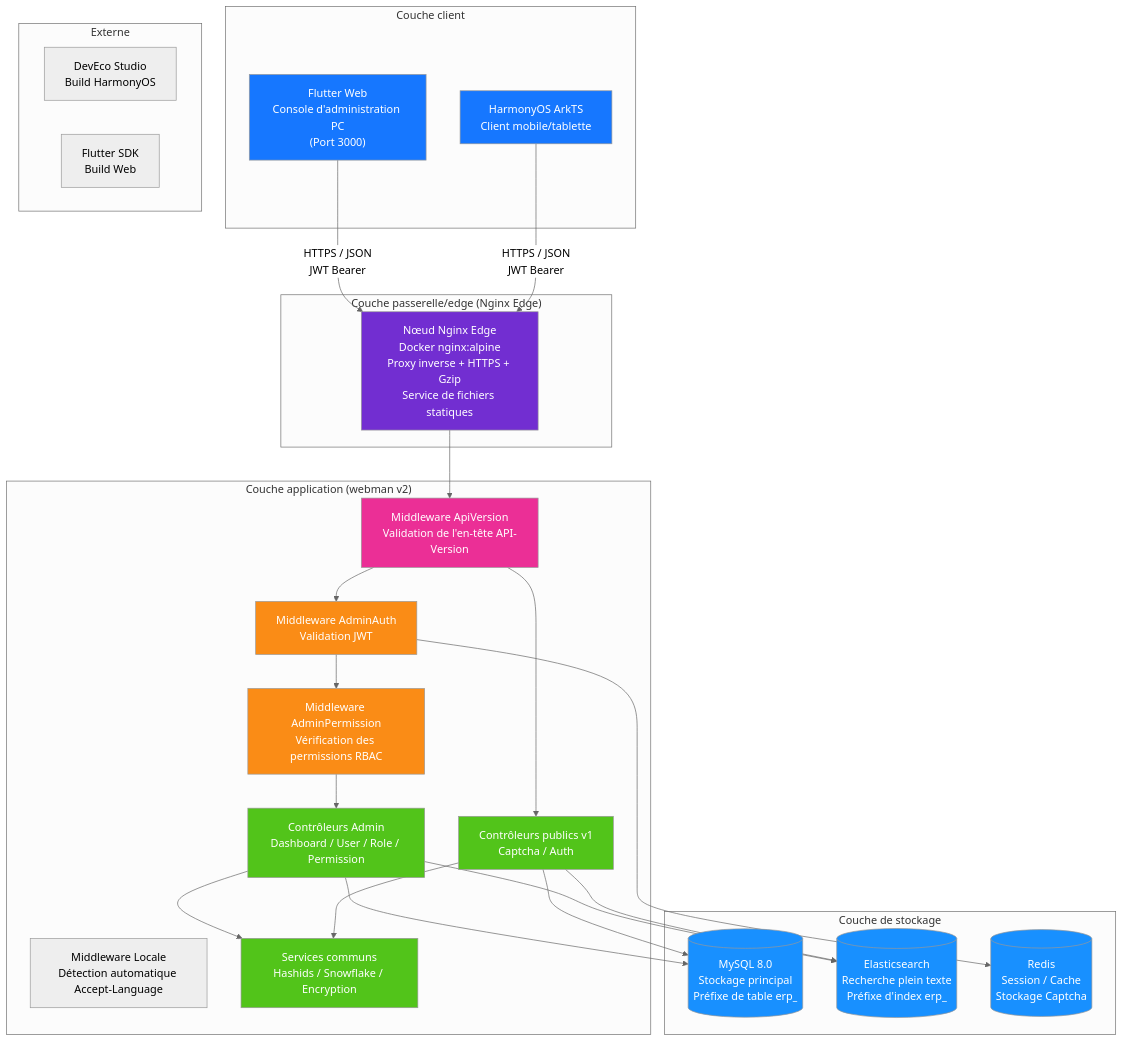
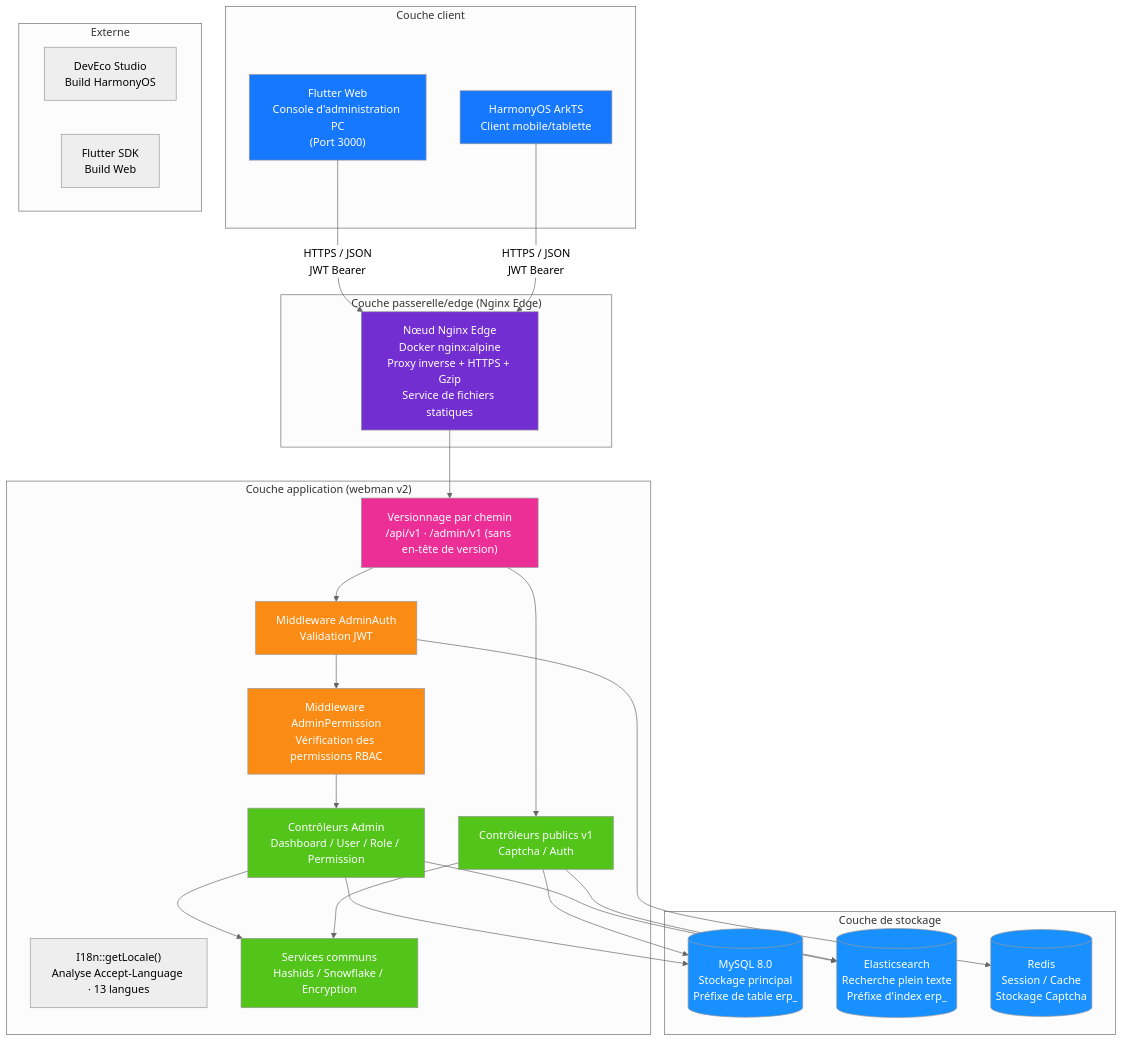
Before and after one commit to erikwang2013/erp-php: the first of 20 diagrams in docs/i18n/fr/ARCHITECTURE.md, drawn with Mermaid (neutral theme). The commit also changed other lines of this file and 325 other files, not shown here.

````diff
--- a/docs/i18n/fr/ARCHITECTURE.md
+++ b/docs/i18n/fr/ARCHITECTURE.md
@@ -11,60 +11,60 @@
 ```mermaid
 flowchart TB
     subgraph "Couche client"
         A1["Flutter Web<br/>Console d'administration PC<br/>(Port 3000)"]
         A2["HarmonyOS ArkTS<br/>Client mobile/tablette"]
     end
 
     subgraph "Couche passerelle/edge (Nginx Edge)"
         B1["Nœud Nginx Edge<br/>Docker nginx:alpine<br/>Proxy inverse + HTTPS + Gzip<br/>Service de fichiers statiques"]
     end
 
     subgraph "Couche application (webman v2)"
-        C_LOC["Middleware Locale<br/>Détection automatique Accept-Language"]
-        C0["Middleware ApiVersion<br/>Validation de l'en-tête API-Version"]
+        C_LOC["I18n::getLocale()<br/>Analyse Accept-Language · 13 langues"]
+        C0["Versionnage par chemin<br/>/api/v1 · /admin/v1 (sans en-tête de version)"]
         C1["Middleware AdminAuth<br/>Validation JWT"]
         C2["Middleware AdminPermission<br/>Vérification des permissions RBAC"]
         C3["Contrôleurs Admin<br/>Dashboard / User / Role / Permission"]
         C4["Contrôleurs publics v1<br/>Captcha / Auth"]
         C5["Services communs<br/>Hashids / Snowflake / Encryption"]
     end
 
     subgraph "Couche de stockage"
         D1[("MySQL 8.0<br/>Stockage principal<br/>Préfixe de table erp_")]
         D2[("Elasticsearch<br/>Recherche plein texte<br/>Préfixe d'index erp_")]
         D3[("Redis<br/>Session / Cache<br/>Stockage Captcha")]
     end
 
     subgraph "Externe"
         E1["DevEco Studio<br/>Build HarmonyOS"]
         E2["Flutter SDK<br/>Build Web"]
     end
 
     A1 -->|"HTTPS / JSON<br/>JWT Bearer"| B1
     A2 -->|"HTTPS / JSON<br/>JWT Bearer"| B1
     B1 --> C0
     C0 --> C1
     C1 --> C2
     C2 --> C3
     C0 --> C4
     C3 --> C5
     C4 --> C5
     C3 --> D1
     C4 --> D1
     C3 --> D2
     C4 --> D2
     C1 --> D3
 
     style A1 fill:#1677FF,color:#fff
     style A2 fill:#1677FF,color:#fff
     style B1 fill:#722ED1,color:#fff
     style C0 fill:#EB2F96,color:#fff
     style C1 fill:#FA8C16,color:#fff
     style C2 fill:#FA8C16,color:#fff
     style C3 fill:#52C41A,color:#fff
     style C4 fill:#52C41A,color:#fff
     style C5 fill:#52C41A,color:#fff
     style D1 fill:#1890FF,color:#fff
     style D2 fill:#1890FF,color:#fff
     style D3 fill:#1890FF,color:#fff
 ```
````
